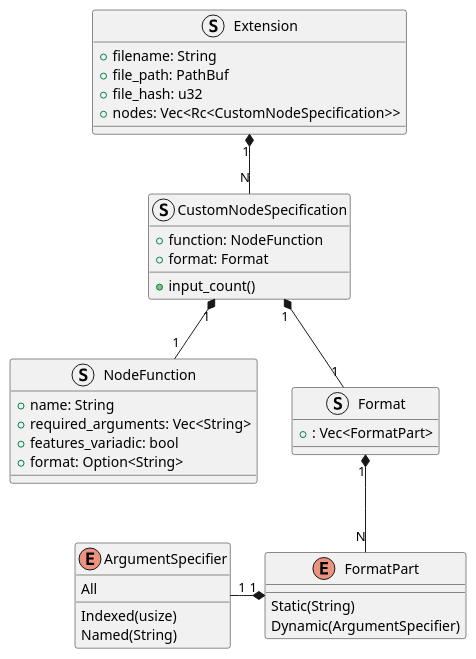
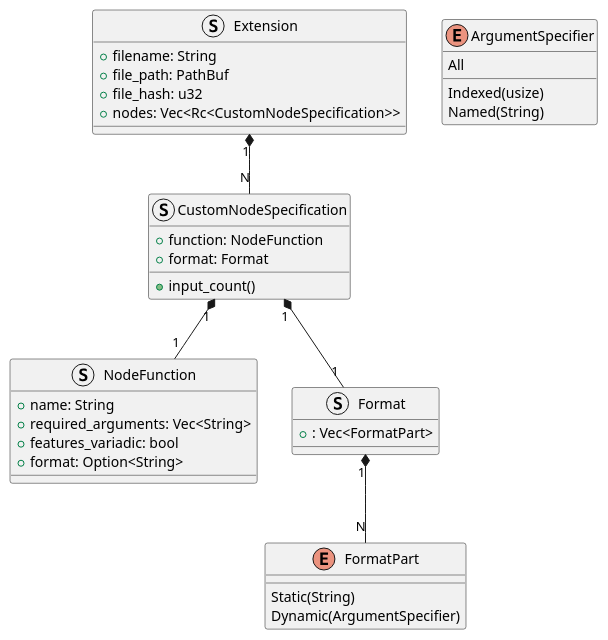
The diagram in diagrams/src/parts/extensions.puml (Syndelis/dissertacao-mestrado), drawn with PlantUML before and after one commit.

Commit message:
re-rodar workflow 1

```diff
--- a/diagrams/src/parts/extensions.puml
+++ b/diagrams/src/parts/extensions.puml
@@ -1,45 +1,44 @@
 @startuml
 
 struct Extension {
  + filename: String
  + file_path: PathBuf
  + file_hash: u32
  + nodes: Vec<Rc<CustomNodeSpecification>>
 }
 
 struct CustomNodeSpecification {
  + function: NodeFunction
  + format: Format
  + input_count()
 }
 
 struct NodeFunction {
  + name: String
  + required_arguments: Vec<String>
  + features_variadic: bool
  + format: Option<String>
 }
 
 struct Format {
  + : Vec<FormatPart>
 }
 
 enum FormatPart {
  Static(String)
  Dynamic(ArgumentSpecifier)
 }
 
 enum ArgumentSpecifier {
  Indexed(usize)
  Named(String)
  All
 }
 
 Extension "1" *-- "N" CustomNodeSpecification
 CustomNodeSpecification "1" *-- "1" NodeFunction
 CustomNodeSpecification "1" *-- "1" Format
-FormatPart "1" *-left- "1" ArgumentSpecifier
 
 Format "1" *-- "N" FormatPart
 
 @enduml
```
